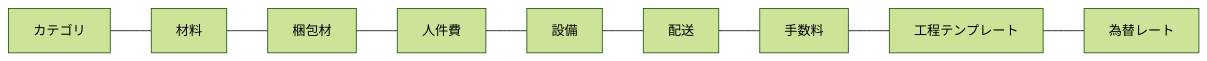
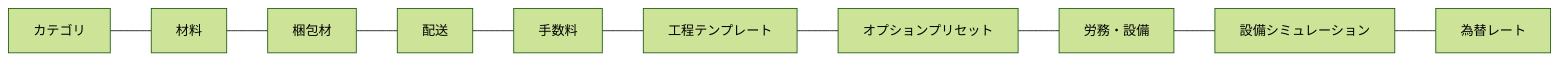
The second of 4 diagrams in docs/04-master-registration.md (toru0514/cost-app), drawn with Mermaid (forest theme) before and after one commit. The commit also changed other lines of this file and 3 other files, not shown here.

````diff
--- a/docs/04-master-registration.md
+++ b/docs/04-master-registration.md
@@ -23,11 +23,12 @@
 ```mermaid
 flowchart LR
     A[カテゴリ] --- B[材料]
     B --- C[梱包材]
-    C --- D[人件費]
-    D --- E[設備]
-    E --- F[配送]
-    F --- G[手数料]
-    G --- H[工程テンプレート]
-    H --- I[為替レート]
+    C --- D[配送]
+    D --- E[手数料]
+    E --- F[工程テンプレート]
+    F --- G[オプションプリセット]
+    G --- H[労務・設備]
+    H --- I[設備シミュレーション]
+    I --- J[為替レート]
 ```
````
